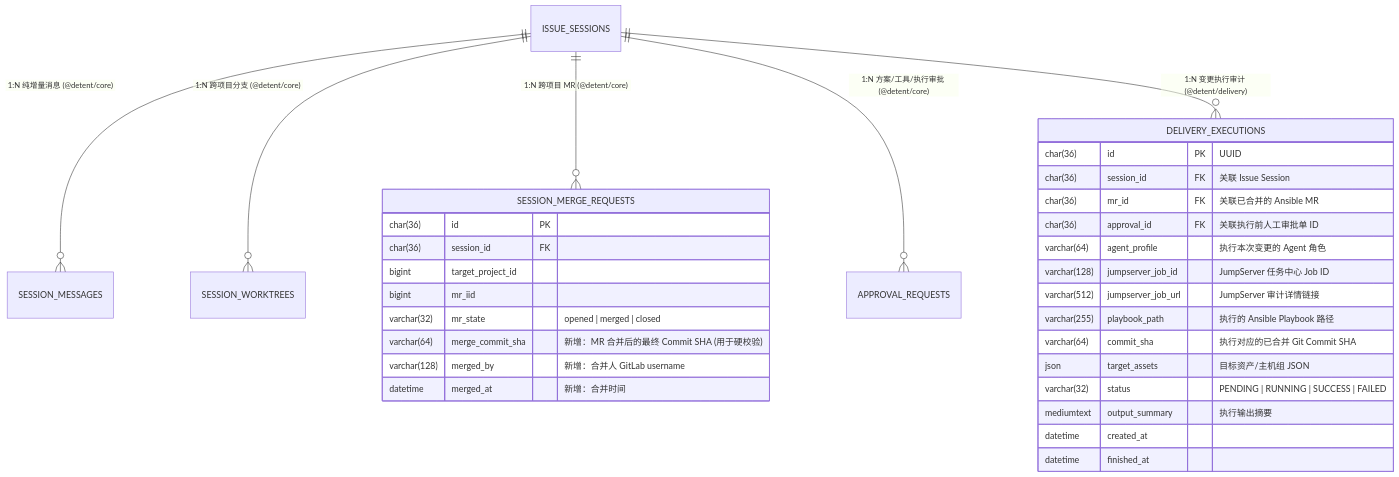
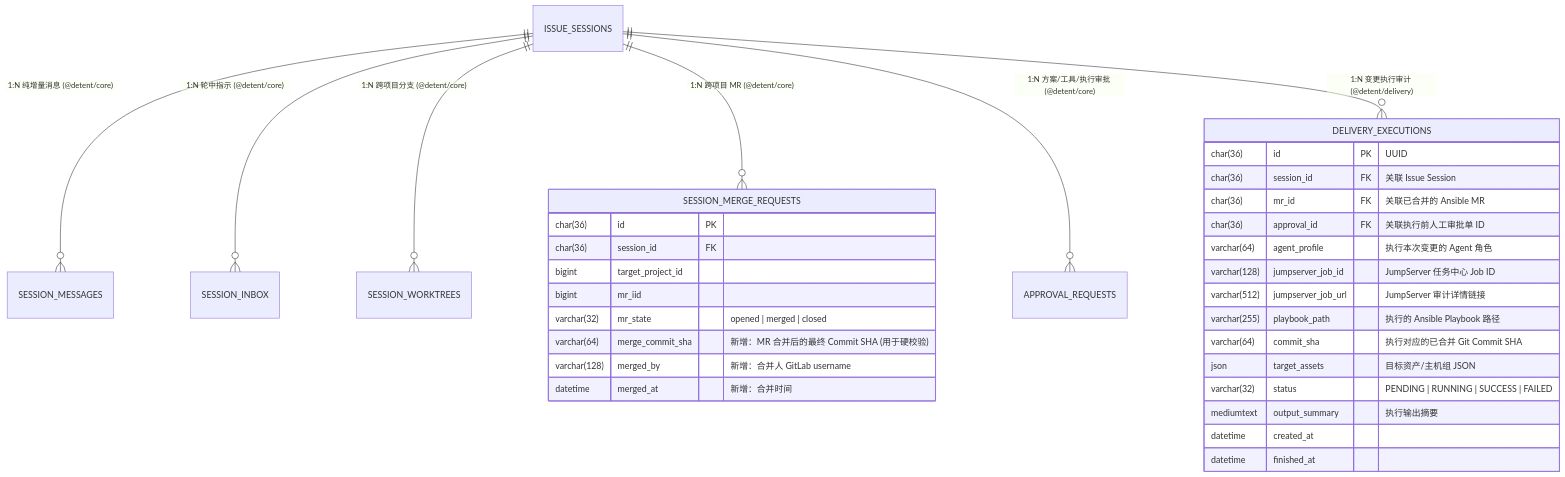
One commit to hallucination-studio/detent changed the third of 3 diagrams in docs/DESIGN.md. Above: the diagram before and after it, drawn with Mermaid. The commit also changed other lines of this file and 50 other files, not shown here.

Commit message:
feat: add V6 independent MR worker, Hub event policy engine, session inbox steering, and Watchdog

````diff
--- a/docs/DESIGN.md
+++ b/docs/DESIGN.md
@@ -295,36 +295,37 @@
 ```mermaid
 erDiagram
     ISSUE_SESSIONS ||--o{ SESSION_MESSAGES : "1:N 纯增量消息 (@detent/core)"
+    ISSUE_SESSIONS ||--o{ SESSION_INBOX : "1:N 轮中指示 (@detent/core)"
     ISSUE_SESSIONS ||--o{ SESSION_WORKTREES : "1:N 跨项目分支 (@detent/core)"
     ISSUE_SESSIONS ||--o{ SESSION_MERGE_REQUESTS : "1:N 跨项目 MR (@detent/core)"
     ISSUE_SESSIONS ||--o{ APPROVAL_REQUESTS : "1:N 方案/工具/执行审批 (@detent/core)"
     ISSUE_SESSIONS ||--o{ DELIVERY_EXECUTIONS : "1:N 变更执行审计 (@detent/delivery)"
 
     SESSION_MERGE_REQUESTS {
         char(36) id PK
         char(36) session_id FK
         bigint target_project_id
         bigint mr_iid
         varchar(32) mr_state "opened | merged | closed"
         varchar(64) merge_commit_sha "新增：MR 合并后的最终 Commit SHA (用于硬校验)"
         varchar(128) merged_by "新增：合并人 GitLab username"
         datetime merged_at "新增：合并时间"
     }
 
     DELIVERY_EXECUTIONS {
         char(36) id PK "UUID"
         char(36) session_id FK "关联 Issue Session"
         char(36) mr_id FK "关联已合并的 Ansible MR"
         char(36) approval_id FK "关联执行前人工审批单 ID"
         varchar(64) agent_profile "执行本次变更的 Agent 角色"
         varchar(128) jumpserver_job_id "JumpServer 任务中心 Job ID"
         varchar(512) jumpserver_job_url "JumpServer 审计详情链接"
         varchar(255) playbook_path "执行的 Ansible Playbook 路径"
         varchar(64) commit_sha "执行对应的已合并 Git Commit SHA"
         json target_assets "目标资产/主机组 JSON"
         varchar(32) status "PENDING | RUNNING | SUCCESS | FAILED"
         mediumtext output_summary "执行输出摘要"
         datetime created_at
         datetime finished_at
     }
 ```
````
